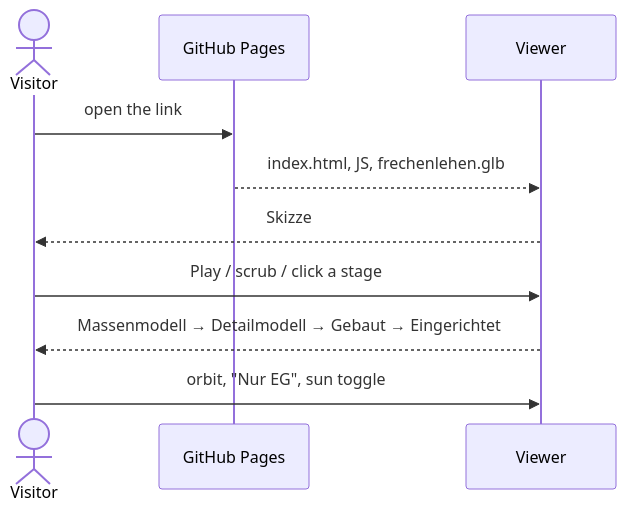
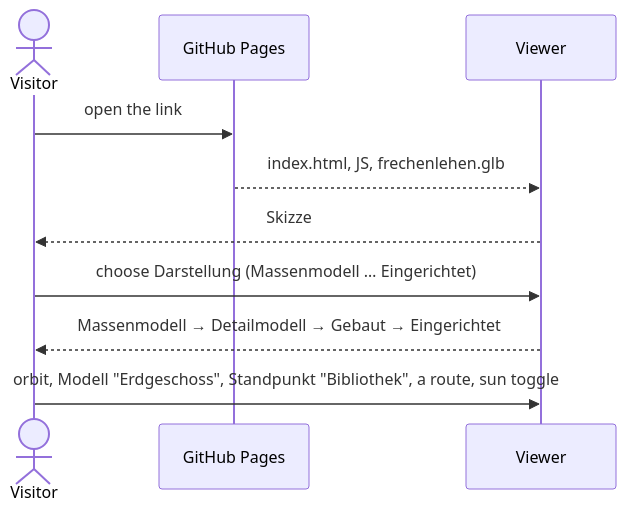
Before and after one commit to tillg/frechen_blender: the second of 2 diagrams in specs/system/functional.md, drawn with Mermaid. The commit also changed other lines of this file and 8 other files, not shown here.

````diff
--- a/specs/system/functional.md
+++ b/specs/system/functional.md
@@ -217,12 +239,12 @@
 ```mermaid
 sequenceDiagram
     actor Visitor
     participant P as GitHub Pages
     participant V as Viewer
     Visitor->>P: open the link
     P-->>V: index.html, JS, frechenlehen.glb
     V-->>Visitor: Skizze
-    Visitor->>V: Play / scrub / click a stage
+    Visitor->>V: choose Darstellung (Massenmodell … Eingerichtet)
     V-->>Visitor: Massenmodell → Detailmodell → Gebaut → Eingerichtet
-    Visitor->>V: orbit, "Nur EG", sun toggle
+    Visitor->>V: orbit, Modell "Erdgeschoss", Standpunkt "Bibliothek", a route, sun toggle
 ```
````
